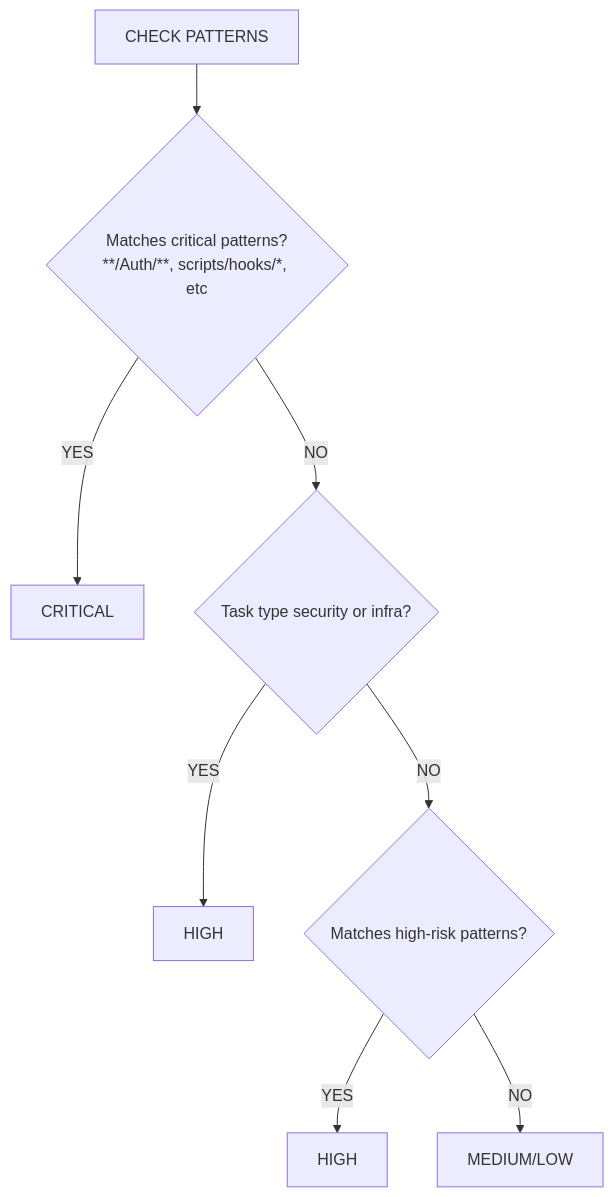
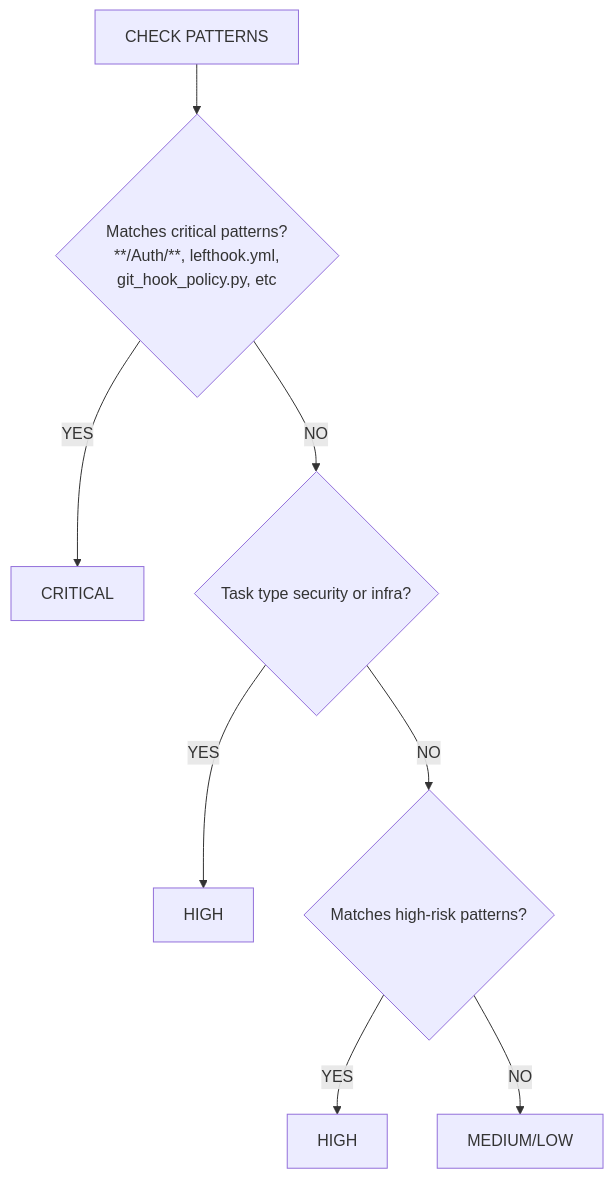
One commit to rjmurillo/ai-agents changed the fourth of 8 diagrams in docs/diagrams/routing-flowchart.md. Above: the diagram before and after it, drawn with Mermaid. The commit also changed other lines of this file and 4 other files, not shown here.

First line of the commit message:
chore(lefthook): migrate hook system batch 05

````diff
--- a/docs/diagrams/routing-flowchart.md
+++ b/docs/diagrams/routing-flowchart.md
@@ -101,14 +101,14 @@
 ```mermaid
 flowchart TB
     CHECK[CHECK PATTERNS]
-    CHECK --> CRITICAL_CHECK{Matches critical patterns?<br/>**/Auth/**, scripts/hooks/*, etc}
+    CHECK --> CRITICAL_CHECK{Matches critical patterns?<br/>**/Auth/**, lefthook.yml,<br/>git_hook_policy.py, etc}
 
     CRITICAL_CHECK -->|YES| CRITICAL[CRITICAL]
     CRITICAL_CHECK -->|NO| TYPE_CHECK{Task type security or infra?}
 
     TYPE_CHECK -->|YES| HIGH1[HIGH]
     TYPE_CHECK -->|NO| HIGH_RISK_CHECK{Matches high-risk patterns?}
 
     HIGH_RISK_CHECK -->|YES| HIGH2[HIGH]
     HIGH_RISK_CHECK -->|NO| MEDIUM_LOW[MEDIUM/LOW]
 ```
````
